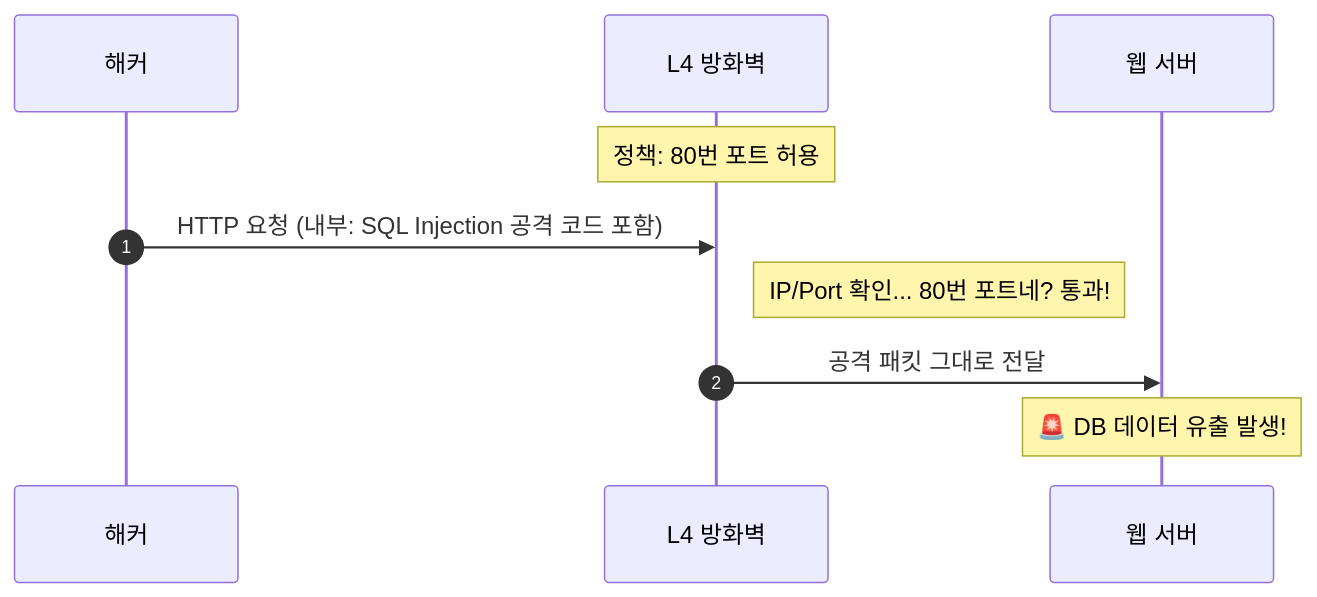
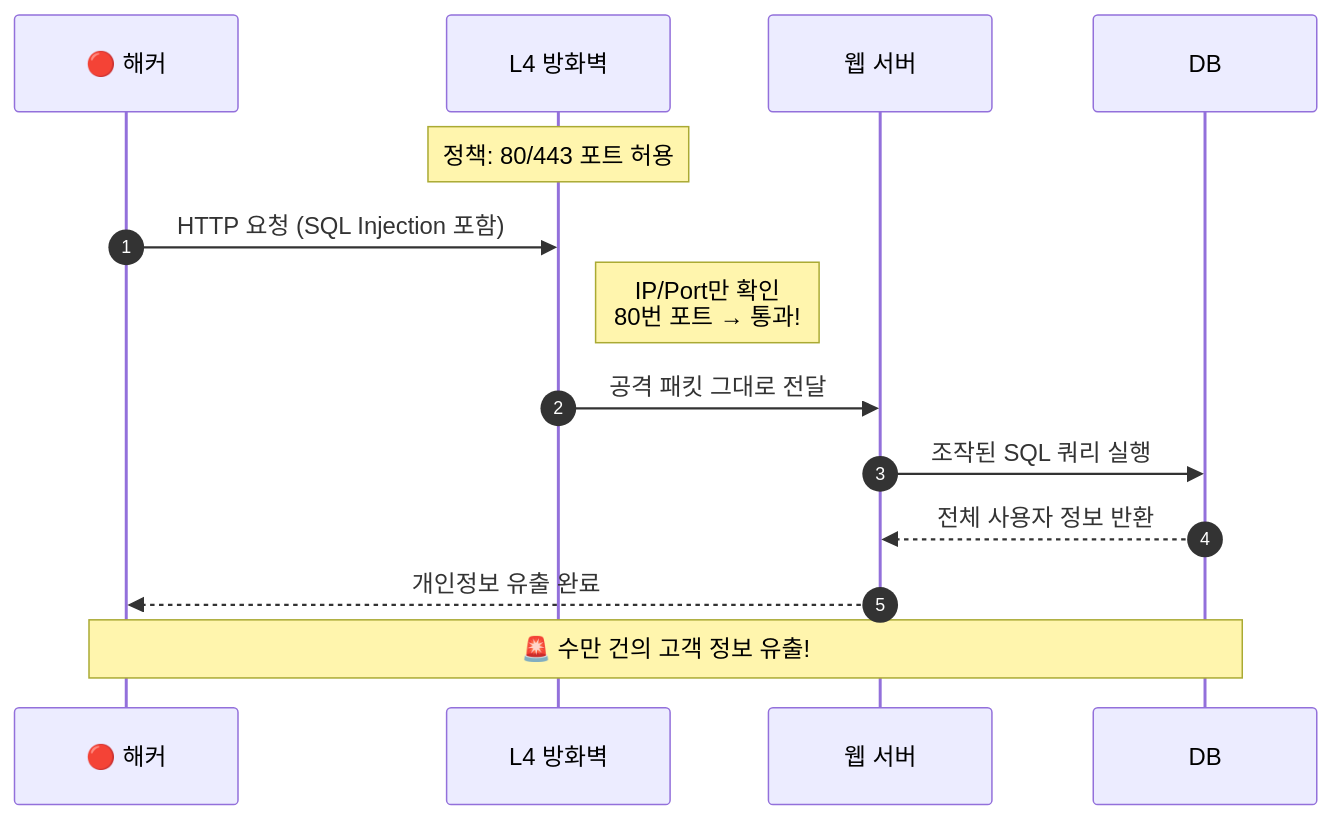
The third of 11 diagrams in waf.md (chj90/waf), drawn with Mermaid before and after one commit. The commit also changed other lines of this file, not shown here.

````diff
--- a/waf.md
+++ b/waf.md
@@ -47,13 +78,17 @@
 ```mermaid
 sequenceDiagram
     autonumber
-    participant Attacker as 해커
+    participant Attacker as 🔴 해커
     participant L4FW as L4 방화벽
     participant WebServer as 웹 서버
+    participant DB as DB
 
-    Note over L4FW: 정책: 80번 포트 허용
-    Attacker->>L4FW: HTTP 요청 (내부: SQL Injection 공격 코드 포함)
-    Note right of L4FW: IP/Port 확인... 80번 포트네? 통과!
+    Note over L4FW: 정책: 80/443 포트 허용
+    Attacker->>L4FW: HTTP 요청 (SQL Injection 포함)
+    Note right of L4FW: IP/Port만 확인<br>80번 포트 → 통과!
     L4FW->>WebServer: 공격 패킷 그대로 전달
-    Note over WebServer: 🚨 DB 데이터 유출 발생!
+    WebServer->>DB: 조작된 SQL 쿼리 실행
+    DB-->>WebServer: 전체 사용자 정보 반환
+    WebServer-->>Attacker: 개인정보 유출 완료
+    Note over Attacker,DB: 🚨 수만 건의 고객 정보 유출!
 ```
````
